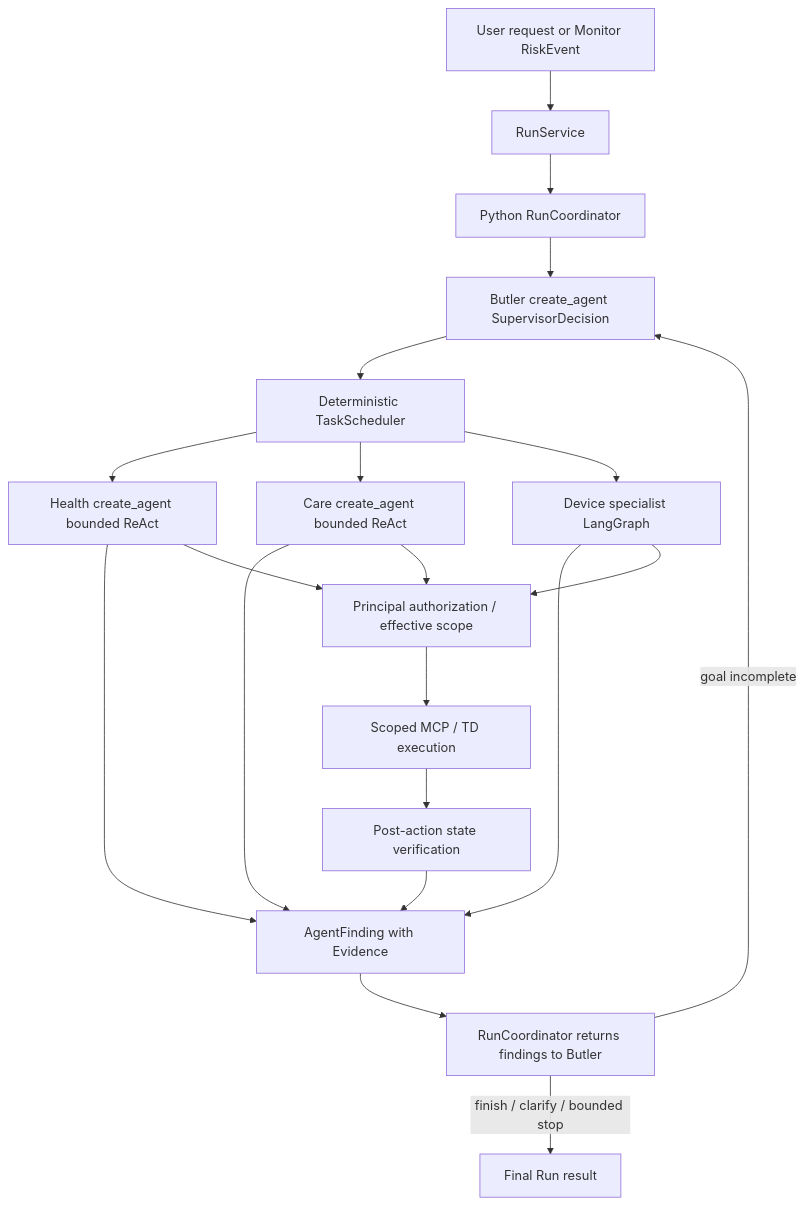
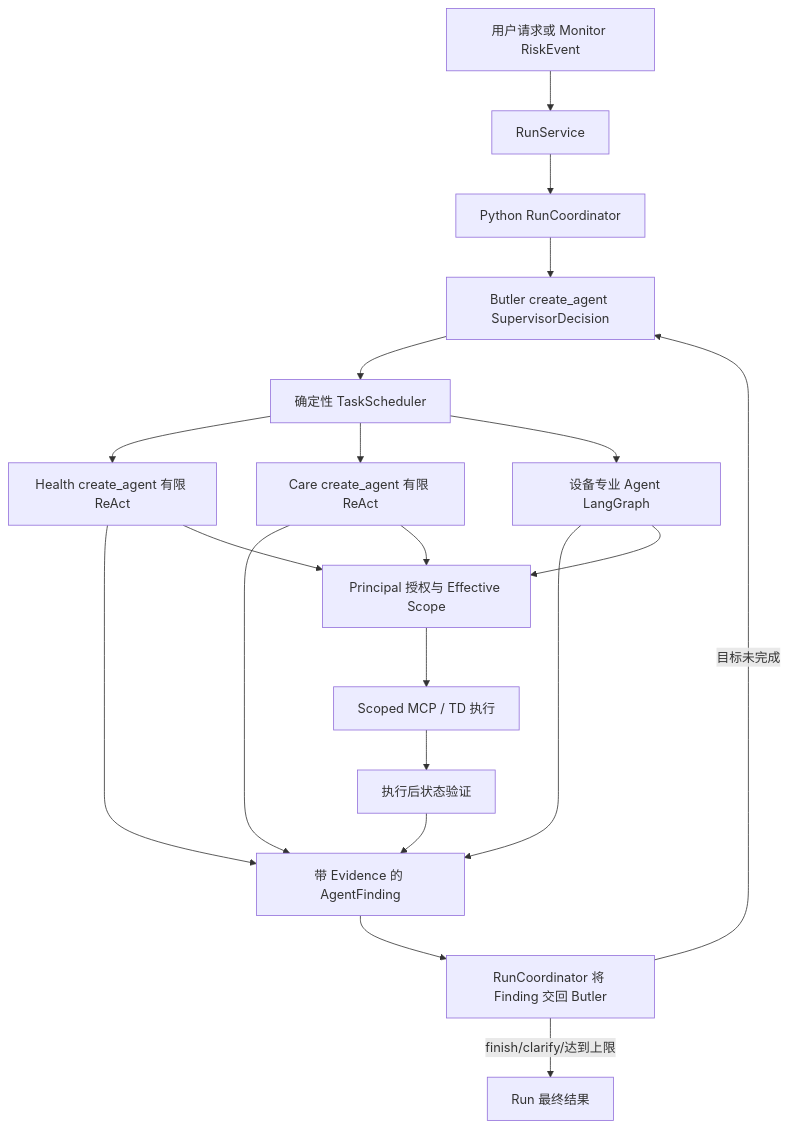
Before and after one commit to GoldenGYQ/WoTAgent: the diagram in doc/WOTAGENT_GOAL_DRIVEN_AGENT_LOOP.md, drawn with Mermaid. The commit also changed other lines of this file and 19 other files, not shown here.

````diff
--- a/doc/WOTAGENT_GOAL_DRIVEN_AGENT_LOOP.md
+++ b/doc/WOTAGENT_GOAL_DRIVEN_AGENT_LOOP.md
@@ -57,23 +50,23 @@
 ```mermaid
 flowchart TD
-    A["User request or Monitor RiskEvent"] --> RS["RunService"]
-    RS --> RC["Python RunCoordinator"]
-    RC --> G["Butler create_agent SupervisorDecision"]
-    G --> S["Deterministic TaskScheduler"]
-    S --> H["Health create_agent bounded ReAct"]
-    S --> C["Care create_agent bounded ReAct"]
-    S --> E["Device specialist LangGraph"]
-    H --> F["AgentFinding with Evidence"]
+    A[用户请求或 Monitor RiskEvent] --> RS[RunService]
+    RS --> RC[Python RunCoordinator]
+    RC --> G[Butler create_agent SupervisorDecision]
+    G --> S[确定性 TaskScheduler]
+    S --> H[Health create_agent 有限 ReAct]
+    S --> C[Care create_agent 有限 ReAct]
+    S --> E[设备专业 Agent LangGraph]
+    H --> F[带 Evidence 的 AgentFinding]
     C --> F
     E --> F
-    F --> V["RunCoordinator returns findings to Butler"]
-    V -->|"goal incomplete"| G
-    V -->|"finish / clarify / bounded stop"| O["Final Run result"]
+    F --> V[RunCoordinator 将 Finding 交回 Butler]
+    V -->|目标未完成| G
+    V -->|finish/clarify/达到上限| O[Run 最终结果]
 
-    H --> P["Principal authorization / effective scope"]
+    H --> P[Principal 授权与 Effective Scope]
     C --> P
     E --> P
-    P --> M["Scoped MCP / TD execution"]
-    M --> Q["Post-action state verification"]
+    P --> M[Scoped MCP / TD 执行]
+    M --> Q[执行后状态验证]
     Q --> F
 ```
````
